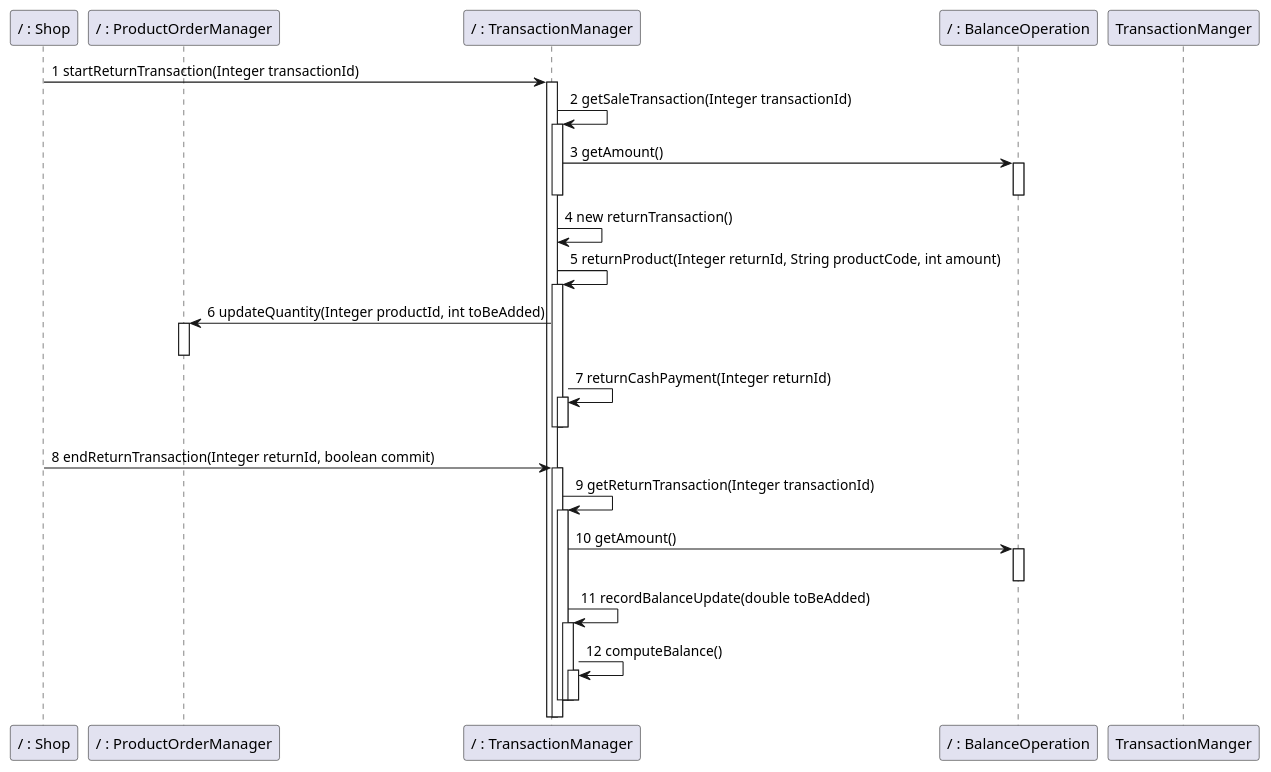
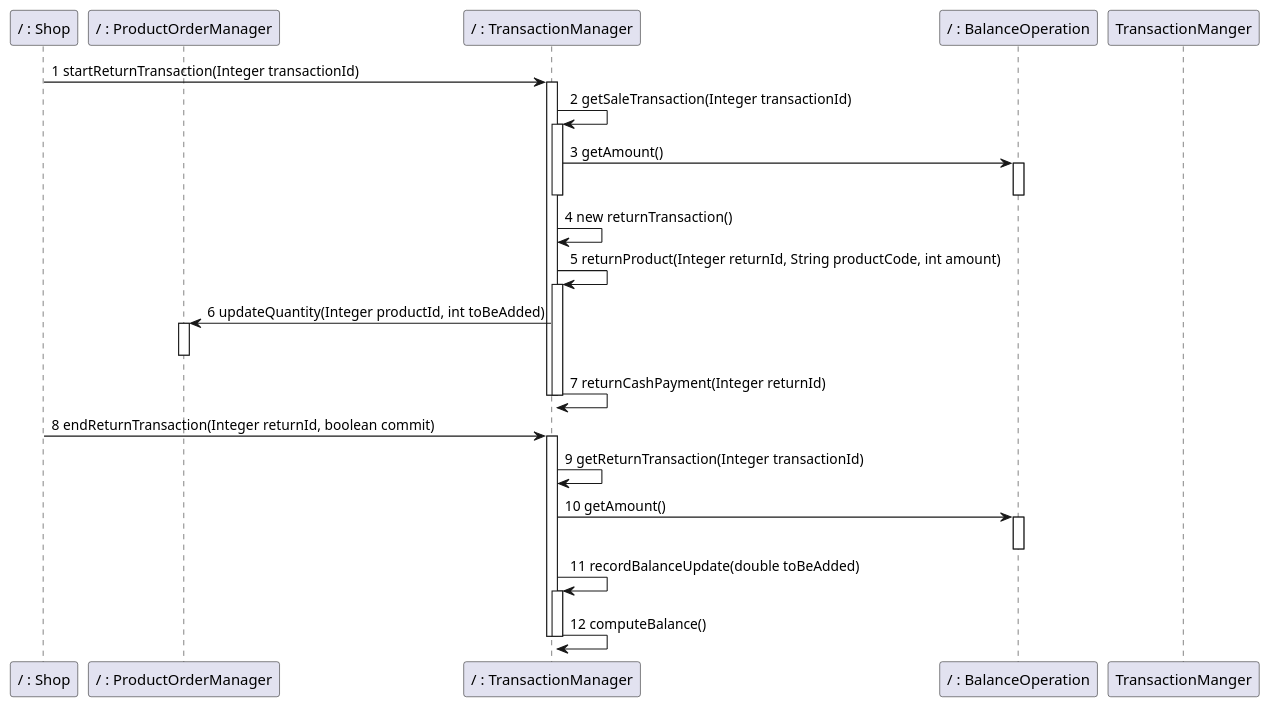
Before and after one commit to nicolabattaglino/ezshop: diagram 29 of 32 in Deliverables/DesignDocument.md, drawn with PlantUML.

Commit message:
formatting

````diff
--- a/Deliverables/DesignDocument.md
+++ b/Deliverables/DesignDocument.md
@@ -1381,43 +1381,40 @@
 ```plantuml
 @startuml
 
 participant "/ : Shop" as Shop
 participant "/ : ProductOrderManager" as ProductOrderManager
 participant "/ : TransactionManager" as TransactionManager
 participant "/ : BalanceOperation" as BalanceOperation
 Shop -> TransactionManager:1 startReturnTransaction(Integer transactionId)
 activate TransactionManager
 TransactionManager -> TransactionManager:2 getSaleTransaction(Integer transactionId)
 activate TransactionManager
 TransactionManager -> BalanceOperation :3 getAmount()
 activate BalanceOperation
 deactivate BalanceOperation
 deactivate TransactionManager
 TransactionManager -> TransactionManager:4 new returnTransaction()
 TransactionManager -> TransactionManager:5 returnProduct(Integer returnId, String productCode, int amount)
 activate TransactionManager
 TransactionManager -> ProductOrderManager:6 updateQuantity(Integer productId, int toBeAdded)
 activate ProductOrderManager
 deactivate ProductOrderManager
 TransactionManager -> TransactionManager:7 returnCashPayment(Integer returnId)
-activate TransactionManager
 deactivate TransactionManager 
 deactivate TransactionManager
 Shop -> TransactionManager:8 endReturnTransaction(Integer returnId, boolean commit)
 activate TransactionManager
 TransactionManager -> TransactionManager:9 getReturnTransaction(Integer transactionId)
-activate TransactionManager
 TransactionManager -> BalanceOperation :10 getAmount()
 activate BalanceOperation
 deactivate BalanceOperation
 deactivate TransactionManger 
 TransactionManager -> TransactionManager:11 recordBalanceUpdate(double toBeAdded)
 activate TransactionManager
 TransactionManager -> TransactionManager:12 computeBalance()
-activate TransactionManager
 deactivate TransactionManager
 deactivate TransactionManager
 deactivate TransactionManager 
 
 @enduml
 ```
````
